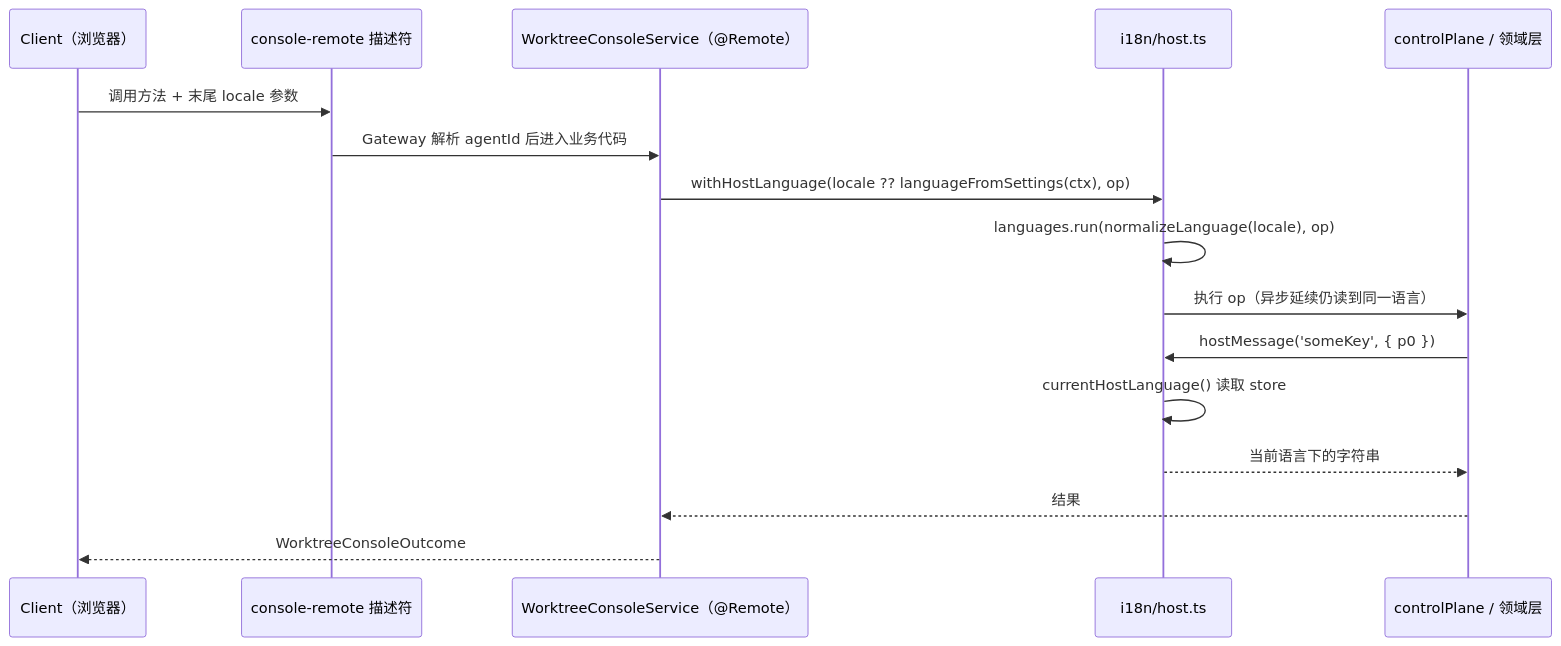
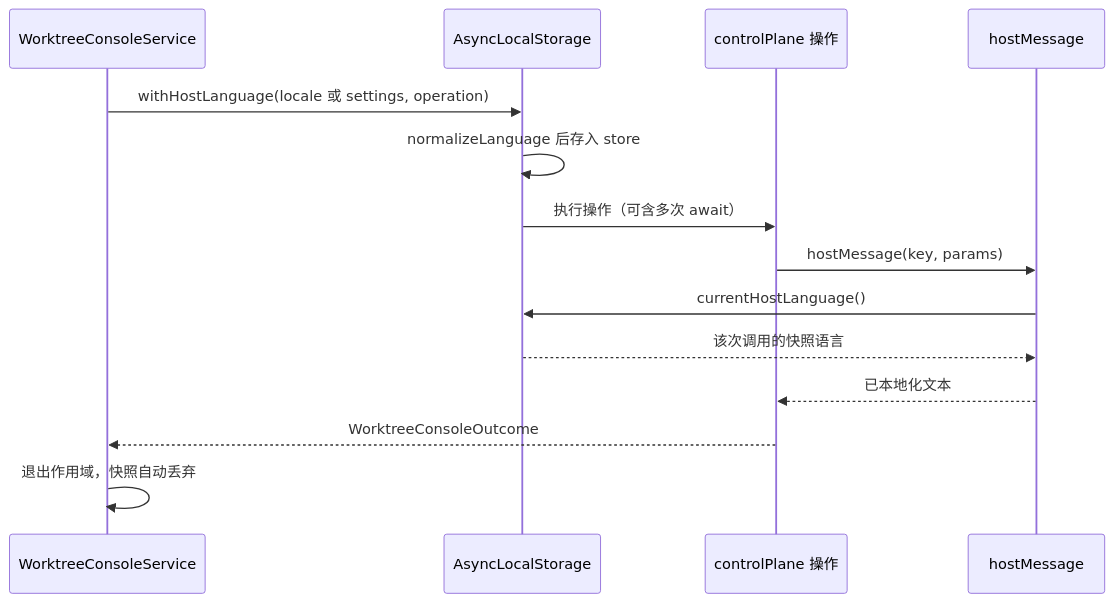
Before and after one commit to ikliml666/dsh-git-workspace: the third of 5 diagrams in .codewiki/modules/i18n.md, drawn with Mermaid. The commit also changed other lines of this file and 117 other files, not shown here.

````diff
--- a/.codewiki/modules/i18n.md
+++ b/.codewiki/modules/i18n.md
@@ -174,18 +180,17 @@
 ```mermaid
 sequenceDiagram
-  participant C as Client（浏览器）
-  participant R as console-remote 描述符
-  participant S as WorktreeConsoleService（@Remote）
-  participant H as i18n/host.ts
-  participant P as controlPlane / 领域层
-  C->>R: 调用方法 + 末尾 locale 参数
-  R->>S: Gateway 解析 agentId 后进入业务代码
-  S->>H: withHostLanguage(locale ?? languageFromSettings(ctx), op)
-  H->>H: languages.run(normalizeLanguage(locale), op)
-  H->>P: 执行 op（异步延续仍读到同一语言）
-  P->>H: hostMessage('someKey', { p0 })
-  H->>H: currentHostLanguage() 读取 store
-  H-->>P: 当前语言下的字符串
-  P-->>S: 结果
-  S-->>C: WorktreeConsoleOutcome
+  participant RPC as WorktreeConsoleService
+  participant ALS as AsyncLocalStorage
+  participant OP as controlPlane 操作
+  participant HM as hostMessage
+
+  RPC->>ALS: withHostLanguage(locale 或 settings, operation)
+  ALS->>ALS: normalizeLanguage 后存入 store
+  ALS->>OP: 执行操作（可含多次 await）
+  OP->>HM: hostMessage(key, params)
+  HM->>ALS: currentHostLanguage()
+  ALS-->>HM: 该次调用的快照语言
+  HM-->>OP: 已本地化文本
+  OP-->>RPC: WorktreeConsoleOutcome
+  RPC->>RPC: 退出作用域，快照自动丢弃
 ```
````
